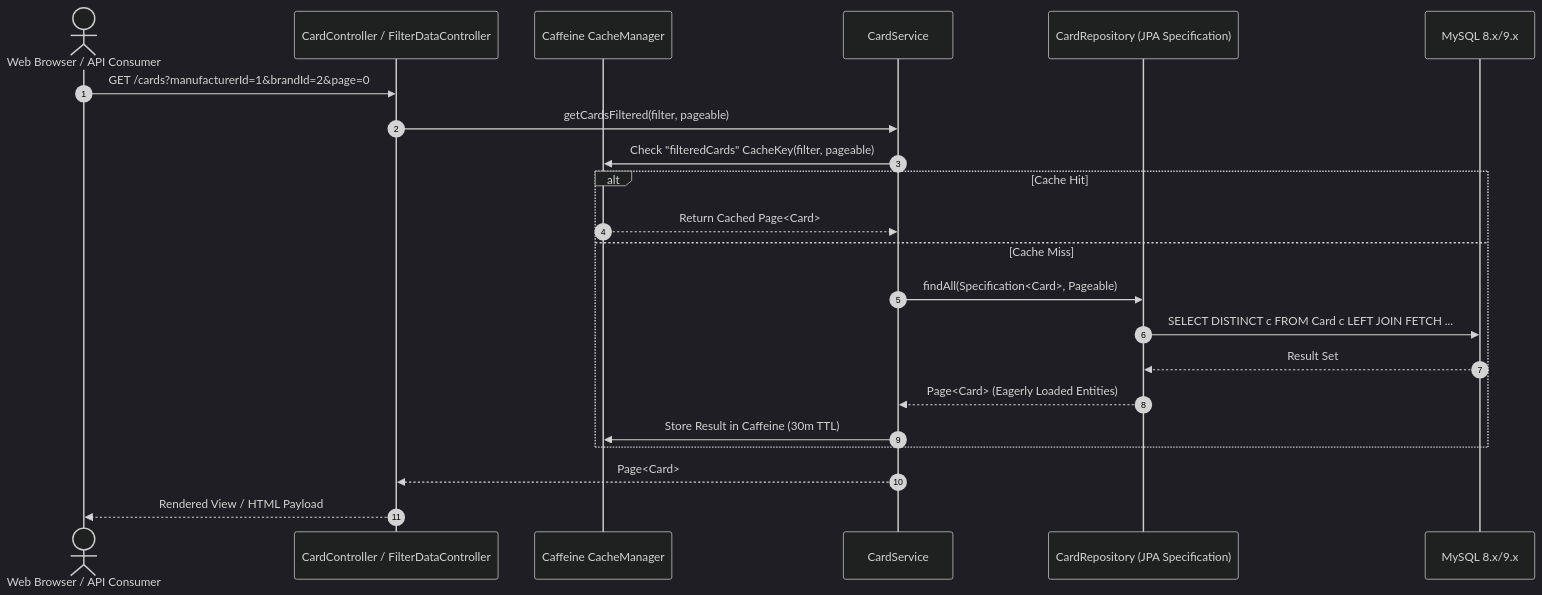
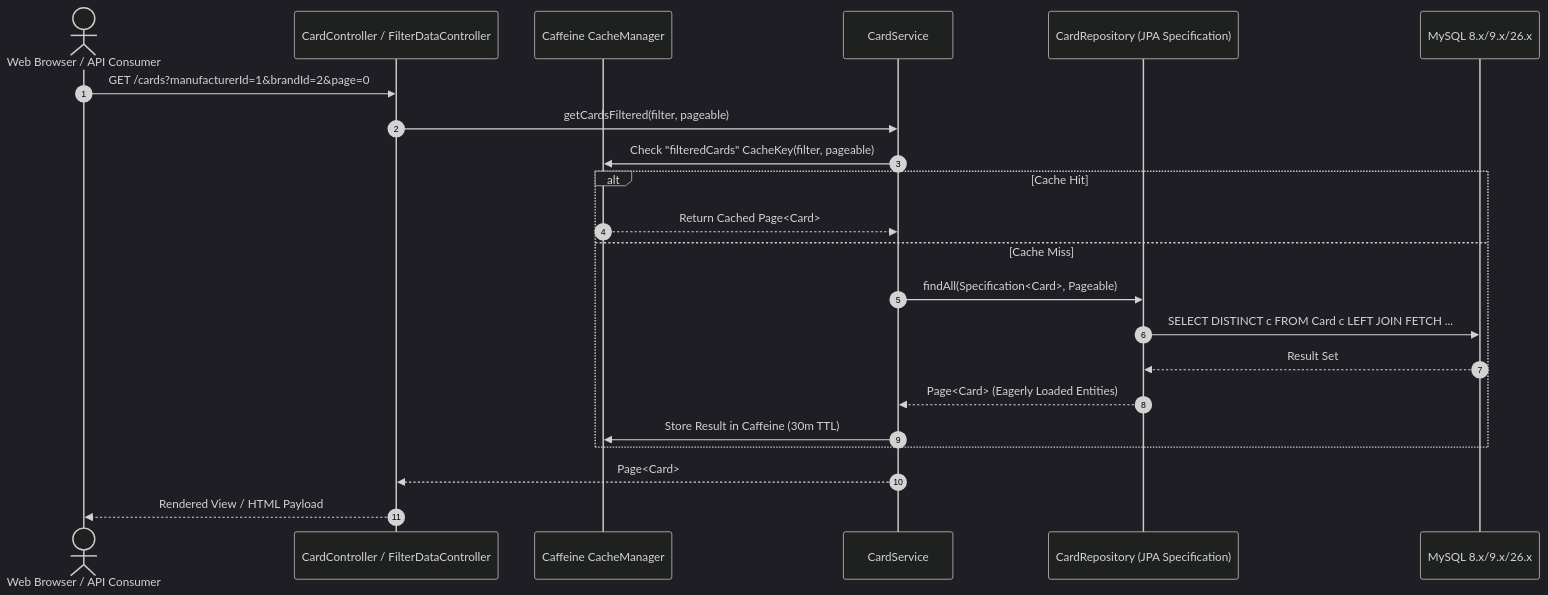
The third of 5 diagrams in ARCHITECTURE.md (AndreasBild/card-collection), drawn with Mermaid (dark theme) before and after one commit. The commit also changed other lines of this file and 2 other files, not shown here.

Commit message:
chore(config): update MySQL version specification to 26.x (Ver 26.10+)

````diff
--- a/ARCHITECTURE.md
+++ b/ARCHITECTURE.md
@@ -165,25 +165,25 @@
 ```mermaid
 sequenceDiagram
     autonumber
     actor Client as Web Browser / API Consumer
     participant Ctrl as CardController / FilterDataController
     participant Cache as Caffeine CacheManager
     participant Srv as CardService
     participant Repo as CardRepository (JPA Specification)
-    participant DB as MySQL 8.x/9.x
+    participant DB as MySQL 8.x/9.x/26.x
 
     Client->>Ctrl: GET /cards?manufacturerId=1&brandId=2&page=0
     Ctrl->>Srv: getCardsFiltered(filter, pageable)
     Srv->>Cache: Check "filteredCards" CacheKey(filter, pageable)
     alt Cache Hit
         Cache-->>Srv: Return Cached Page<Card>
     else Cache Miss
         Srv->>Repo: findAll(Specification<Card>, Pageable)
         Repo->>DB: SELECT DISTINCT c FROM Card c LEFT JOIN FETCH ...
         DB-->>Repo: Result Set
         Repo-->>Srv: Page<Card> (Eagerly Loaded Entities)
         Srv->>Cache: Store Result in Caffeine (30m TTL)
     end
     Srv-->>Ctrl: Page<Card>
     Ctrl-->>Client: Rendered View / HTML Payload
 ```
````
